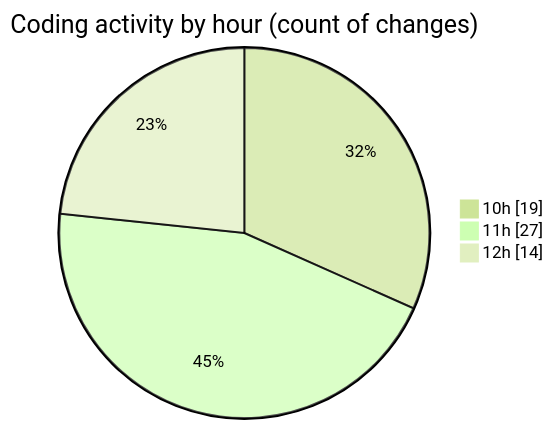
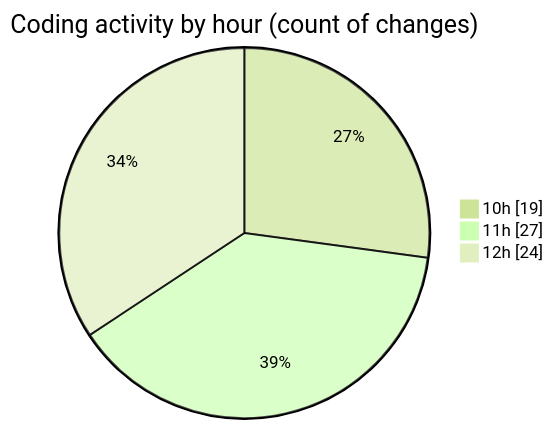
One commit to momahboobian/code-tracking changed the second of 2 diagrams in 2025-03-18/cda/README.md. Above: the diagram before and after it, drawn with Mermaid (forest theme). The commit also changed other lines of this file and 1 other file, not shown here.

````diff
--- a/2025-03-18/cda/README.md
+++ b/2025-03-18/cda/README.md
@@ -42,7 +42,7 @@
 ```mermaid
 pie showData
 title Coding activity by hour (count of changes)
 "10h" : 19
 "11h" : 27
-"12h" : 14
+"12h" : 24
 ```
````
